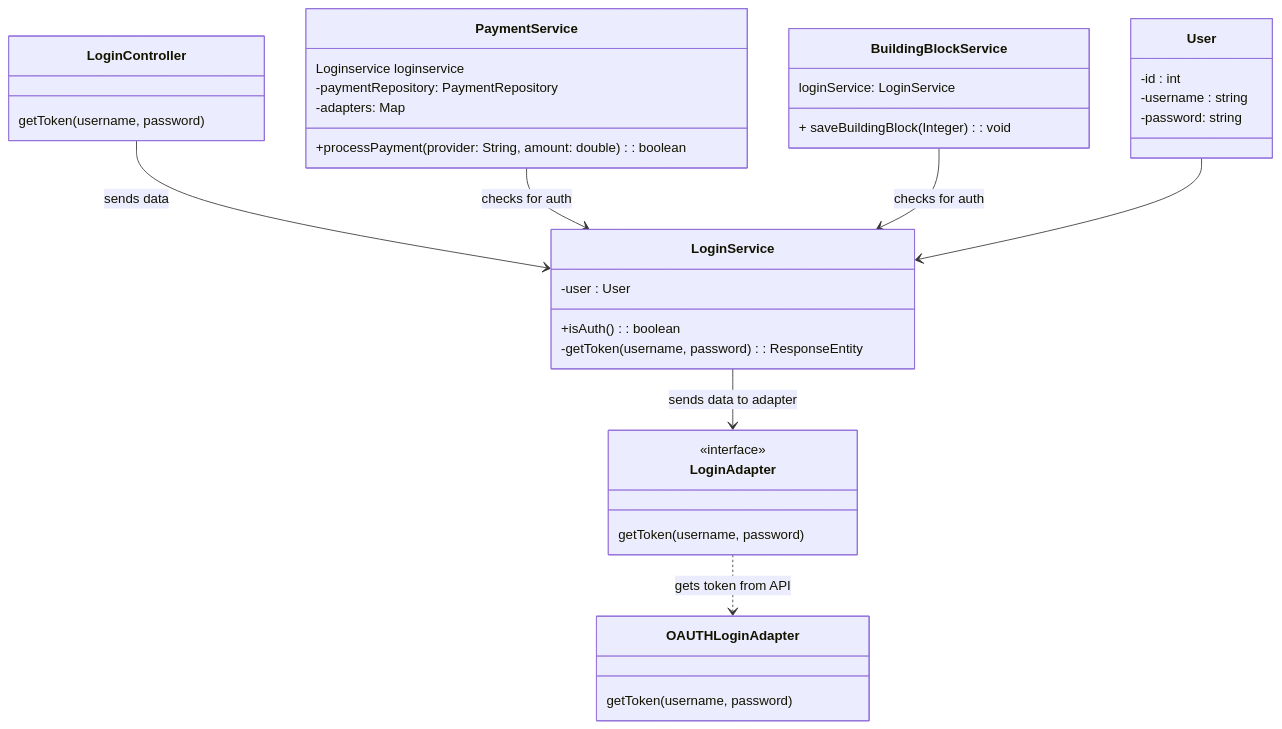
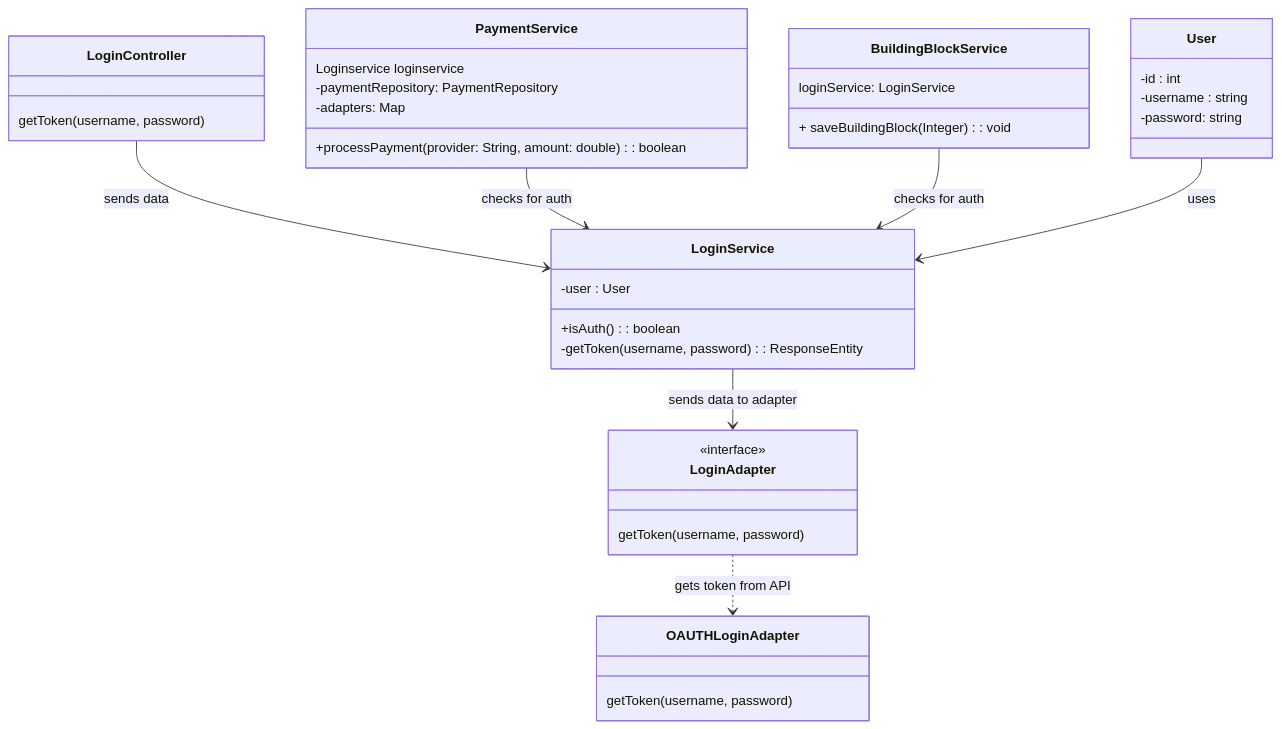
One commit to AIM-ENE-feb25/triptop-inshallahboys changed the diagram in Week2/Presentatie/klassendiagrammen/klassendiagram-inloggen.md. Above: the diagram before and after it, drawn with Mermaid. The commit also changed 1 other file, not shown here.

Commit message:
File aangemaakt voor frontend

````diff
--- a/Week2/Presentatie/klassendiagrammen/klassendiagram-inloggen.md
+++ b/Week2/Presentatie/klassendiagrammen/klassendiagram-inloggen.md
@@ -1,49 +1,49 @@
 ```mermaid
 classDiagram
 
 class User {
     -id : int
     -username : string
     -password: string
 }
 
 class LoginController{
     getToken(username, password)
 }
 
 class LoginService{
     -user : User
     +isAuth() : boolean
     -getToken(username, password) : ResponseEntity<String>
 }
 
 class LoginAdapter{
     <<interface>>
     getToken(username, password)
 }
 
 class OAUTHLoginAdapter{
     getToken(username, password)
 }
 
 
 class PaymentService {
     Loginservice loginservice
     +processPayment(provider: String, amount: double): boolean
     -paymentRepository: PaymentRepository
     -adapters: Map<String, PaymentAdapter>
 }
 
 class BuildingBlockService {
     loginService: LoginService
     + saveBuildingBlock(Integer): void
 }
 
 LoginController --> LoginService : sends data
 LoginService --> LoginAdapter : sends data to adapter
 LoginAdapter ..> OAUTHLoginAdapter : gets token from API
 PaymentService --> LoginService : checks for auth
 BuildingBlockService --> LoginService : checks for auth
-User --> LoginService
+User --> LoginService : uses
 
 ```
````
